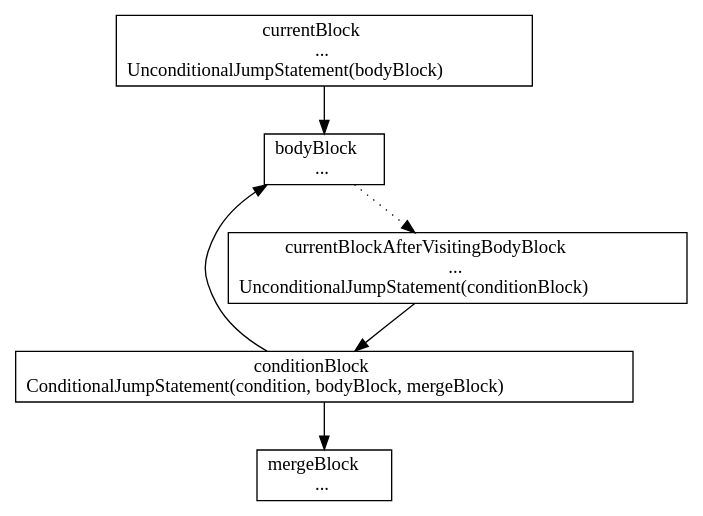
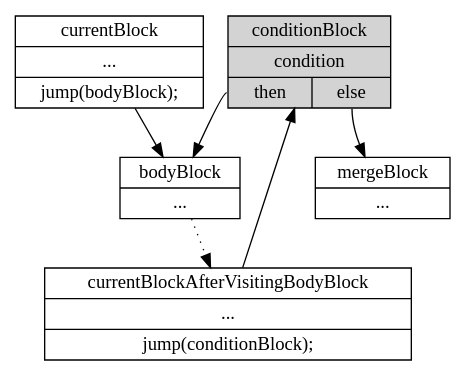
Before and after one commit to andreisilviudragnea/remove-recursion-inspection: the diagram in templates-master/theses/diploma/src/graph/do-while.dot, drawn with Graphviz. The commit also changed 10 other files, not shown here.

```diff
--- a/templates-master/theses/diploma/src/graph/do-while.dot
+++ b/templates-master/theses/diploma/src/graph/do-while.dot
@@ -1,13 +1,14 @@
 digraph G {
-    node [shape=box]
-    currentBlock [label=<currentBlock<BR/>...<BR/>UnconditionalJumpStatement(bodyBlock)>];
-    conditionBlock [label=<conditionBlock<BR/>ConditionalJumpStatement(condition, bodyBlock, mergeBlock)>];
-    currentBlockAfterVisitingBodyBlock [label=<currentBlockAfterVisitingBodyBlock<BR/>...<BR/>UnconditionalJumpStatement(conditionBlock)>];
-    bodyBlock [label=<bodyBlock<BR/>...>];
-    mergeBlock [label=<mergeBlock<BR/>...>];
+    node [shape=record];
+    conditionBlock [style=filled, color=black, fillcolor=lightgrey];
+    currentBlock [label="{currentBlock|...|jump(bodyBlock);}"];
+    conditionBlock [label="{conditionBlock|condition|{<true>then|<false>else}}"];
+    currentBlockAfterVisitingBodyBlock [label="{currentBlockAfterVisitingBodyBlock|...|jump(conditionBlock);}"];
+    bodyBlock [label="{bodyBlock|...}"];
+    mergeBlock [label="{mergeBlock|...}"];
     currentBlock -> bodyBlock;
-    conditionBlock -> bodyBlock;
-    conditionBlock -> mergeBlock;
+    conditionBlock:true -> bodyBlock;
+    conditionBlock:false -> mergeBlock;
     bodyBlock -> currentBlockAfterVisitingBodyBlock [style=dotted];
     currentBlockAfterVisitingBodyBlock -> conditionBlock;
 }
```
